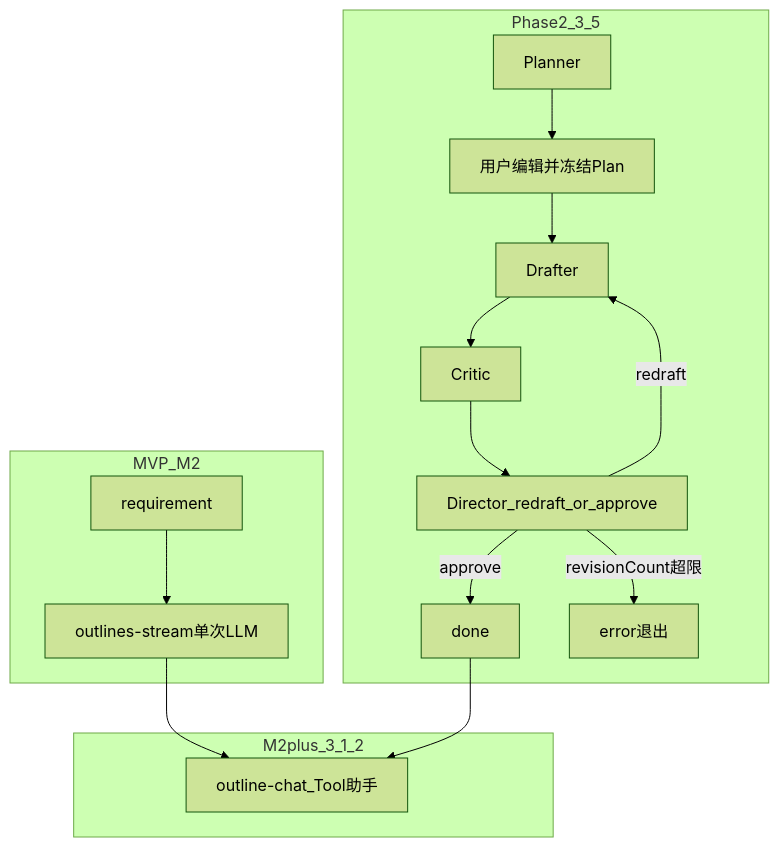
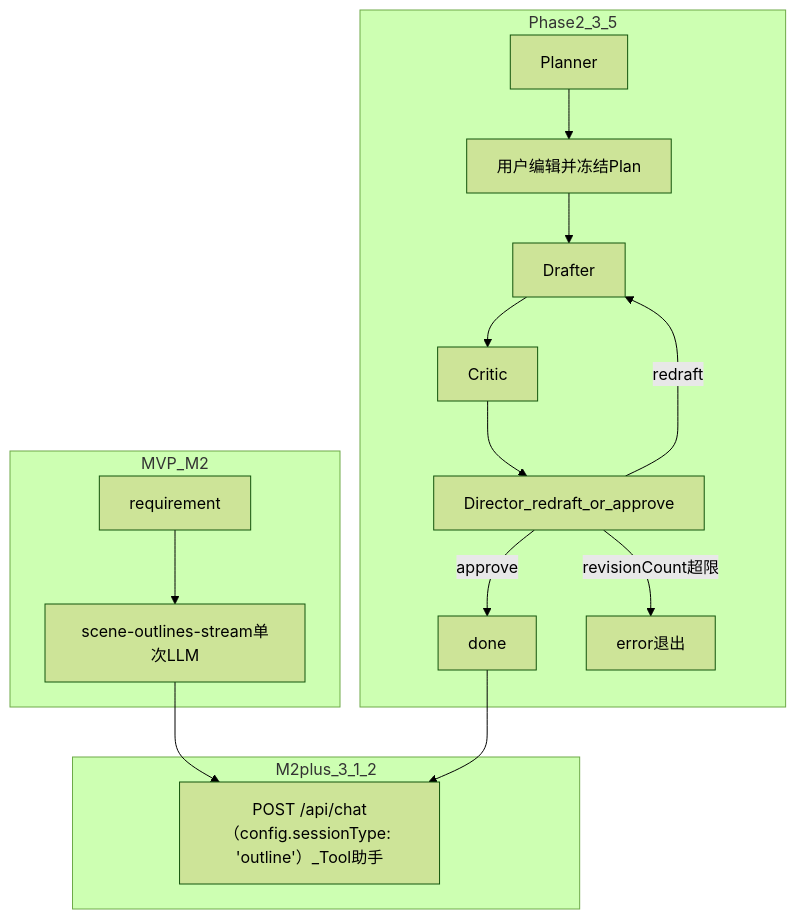
The fifth of 5 diagrams in docs/PRD.md (HeyChizuru/mindflow), drawn with Mermaid (forest theme) before and after one commit. The commit also changed other lines of this file and 8 other files, not shown here.

````diff
--- a/docs/PRD.md
+++ b/docs/PRD.md
@@ -1434,27 +1408,27 @@
 ```mermaid
 flowchart TB
   subgraph mvp [MVP_M2]
     R[requirement]
-    O1[outlines-stream单次LLM]
+    O1[scene-outlines-stream单次LLM]
     R --> O1
   end
 
   subgraph m2plus [M2plus_3_1_2]
-    OA[outline-chat_Tool助手]
+    OA[POST /api/chat（config.sessionType: 'outline'）_Tool助手]
   end
 
   subgraph p2 [Phase2_3_5]
     PL[Planner]
     U[用户编辑并冻结Plan]
     D[Drafter]
     C[Critic]
     DIR[Director_redraft_or_approve]
     PL --> U --> D --> C --> DIR
     DIR -->|redraft| D
     DIR -->|approve| Done[done]
     DIR -->|revisionCount超限| Err[error退出]
   end
 
   O1 --> OA
   Done --> OA
 ```
````
